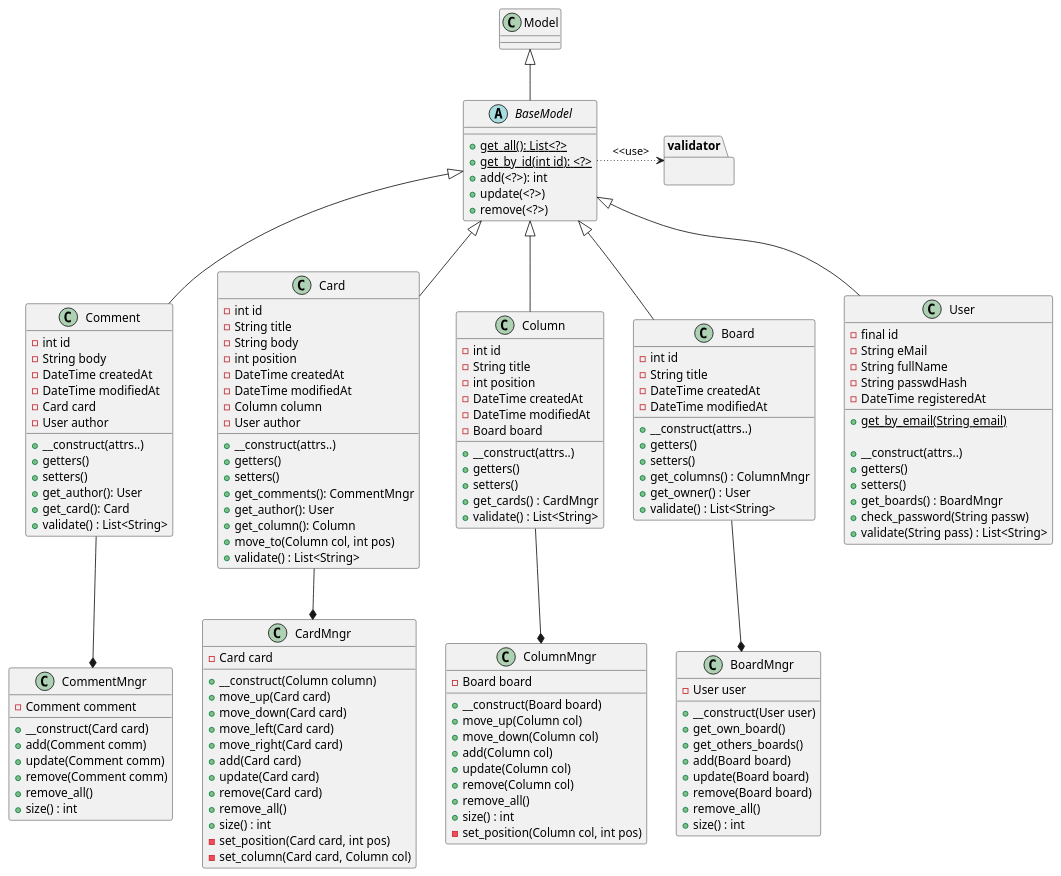
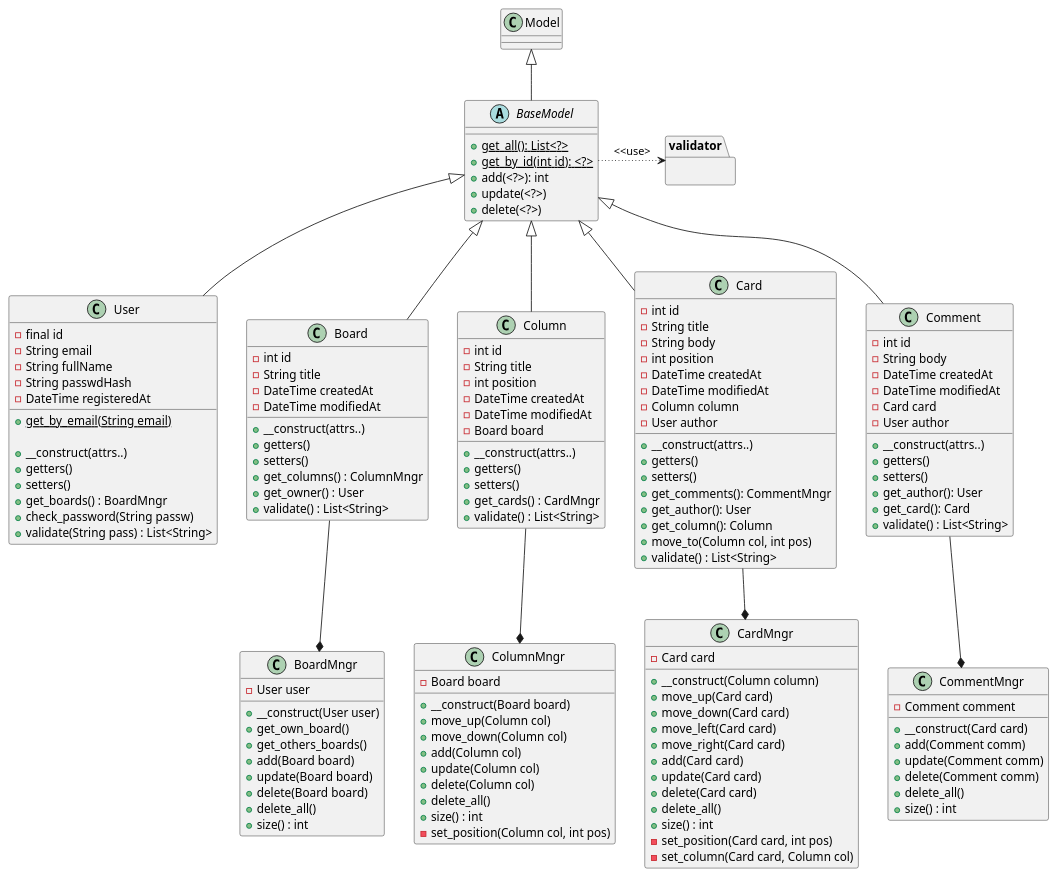
The first of 3 diagrams in analyse/Diagrammes-V1.md (etic4/mini-trello-php), drawn with PlantUML before and after one commit. The commit also changed other lines of this file and 5 other files, not shown here.

Commit message:
fait UserMngr & changé 'remove' en 'delete'

````diff
--- a/analyse/Diagrammes-V1.md
+++ b/analyse/Diagrammes-V1.md
@@ -8,5 +8,10 @@
 ```plantuml
 @startuml
+
+User -[hidden]r- Board
+Board -[hidden]r- Column
+Column -[hidden]r- Card
+Card -[hidden]r- Comment
 
 BaseModel -[dotted]r-> validator : <<use>
 User -u-|> BaseModel
@@ -30,12 +35,12 @@
     + {static} get_by_id(int id): <?>
     + add(<?>): int
     + update(<?>)
-    + remove(<?>)
+    + delete(<?>)
 }
 
 class User {
     - final id
-    - String eMail
+    - String email
     - String fullName
     - String passwdHash
     - DateTime registeredAt
@@ -120,8 +125,8 @@
     + get_others_boards()
     + add(Board board)
     + update(Board board)
-    + remove(Board board)
-    + remove_all()
+    + delete(Board board)
+    + delete_all()
     + size() : int
 }
 
@@ -132,8 +137,8 @@
     + move_down(Column col)
     + add(Column col)
     + update(Column col)
-    + remove(Column col)
-    + remove_all()
+    + delete(Column col)
+    + delete_all()
     + size() : int
     - set_position(Column col, int pos)
 }
@@ -147,8 +152,8 @@
     + move_right(Card card)
     + add(Card card)
     + update(Card card)
-    + remove(Card card)
-    + remove_all()
+    + delete(Card card)
+    + delete_all()
     + size() : int
     - set_position(Card card, int pos)
     - set_column(Card card, Column col)
@@ -159,8 +164,8 @@
     + __construct(Card card)
     + add(Comment comm)
     + update(Comment comm)
-    + remove(Comment comm)
-    + remove_all()
+    + delete(Comment comm)
+    + delete_all()
     + size() : int
 }
 
````
